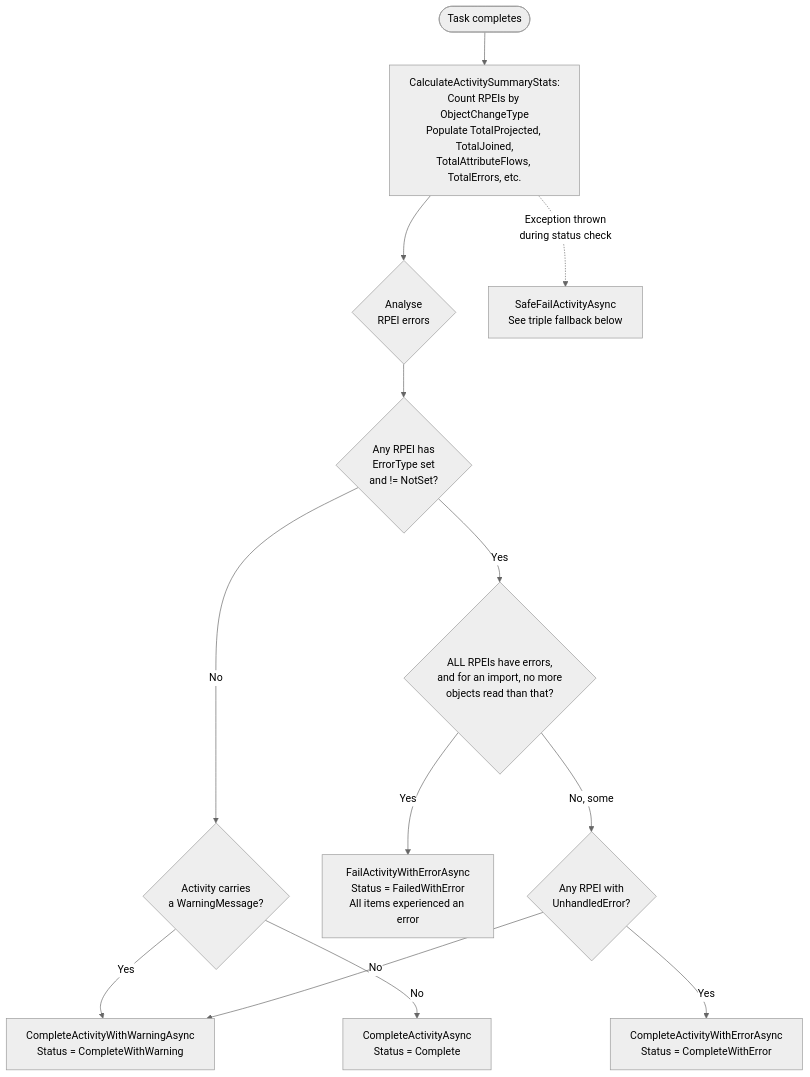
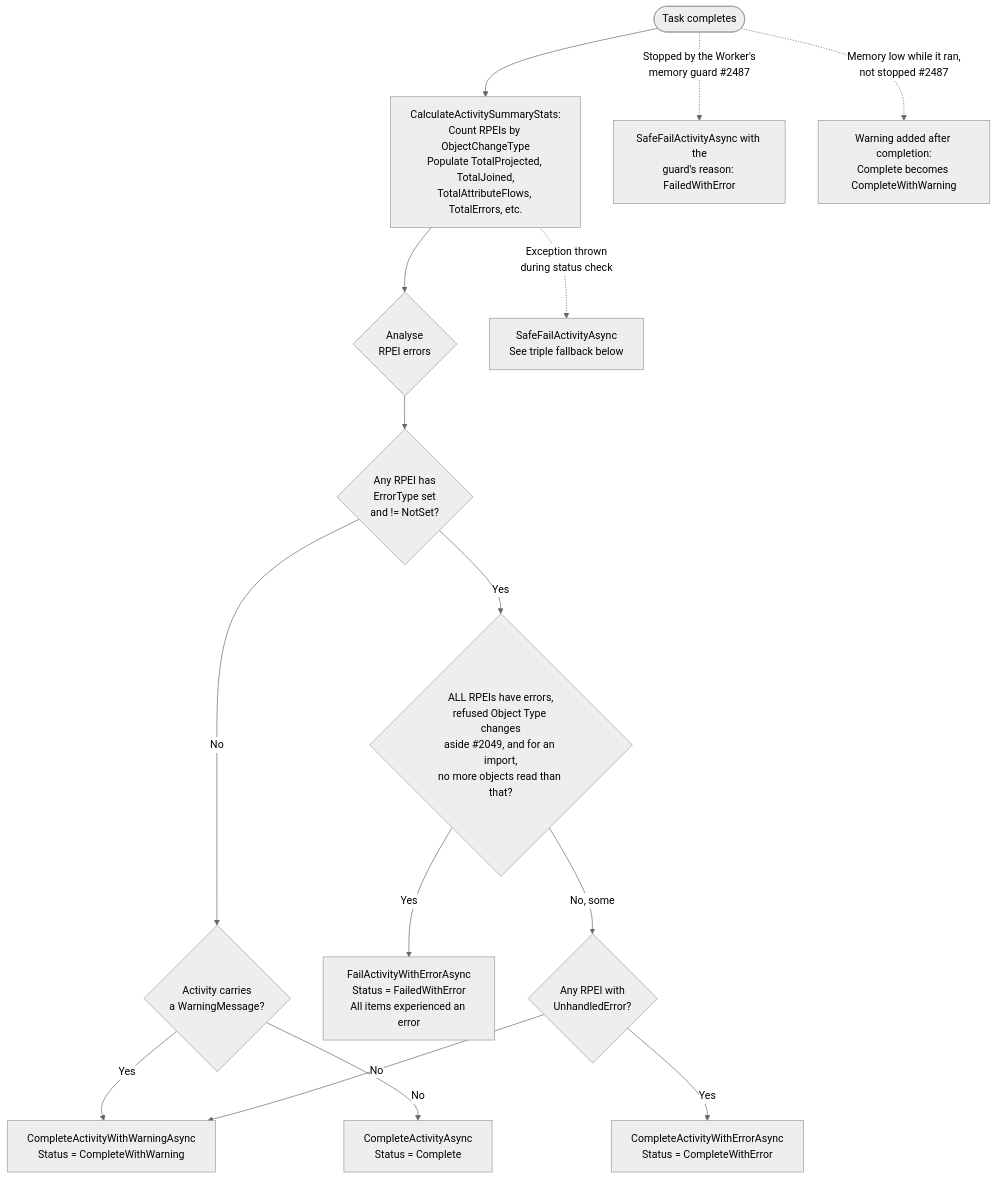
The fifth of 6 diagrams in engineering/developer/diagrams/ACTIVITY_AND_RPEI_FLOW.md (TetronIO/JIM), drawn with Mermaid (neutral theme) before and after one commit. The commit also changed other lines of this file and 5 other files, not shown here.

````diff
--- a/engineering/developer/diagrams/ACTIVITY_AND_RPEI_FLOW.md
+++ b/engineering/developer/diagrams/ACTIVITY_AND_RPEI_FLOW.md
@@ -170,22 +173,24 @@
 ```mermaid
 flowchart TD
     TaskDone([Task completes]) --> CalcStats[CalculateActivitySummaryStats:<br/>Count RPEIs by ObjectChangeType<br/>Populate TotalProjected, TotalJoined,<br/>TotalAttributeFlows, TotalErrors, etc.]
 
     CalcStats --> CheckErrors{Analyse<br/>RPEI errors}
 
     CheckErrors --> HasErrors{Any RPEI has<br/>ErrorType set<br/>and != NotSet?}
 
     HasErrors -->|No| HasWarning{Activity carries<br/>a WarningMessage?}
     HasWarning -->|Yes| WarnActivity
     HasWarning -->|No| CompleteOk
 
-    HasErrors -->|Yes| AllErrors{ALL RPEIs have errors,<br/>and for an import, no more<br/>objects read than that?}
+    HasErrors -->|Yes| AllErrors{ALL RPEIs have errors,<br/>refused Object Type changes<br/>aside #2049, and for an import,<br/>no more objects read than that?}
     AllErrors -->|Yes| FailActivity[FailActivityWithErrorAsync<br/>Status = FailedWithError<br/>All items experienced an error]
     AllErrors -->|No, some| Unhandled{Any RPEI with<br/>UnhandledError?}
     Unhandled -->|Yes| ErrorActivity[CompleteActivityWithErrorAsync<br/>Status = CompleteWithError]
     Unhandled -->|No| WarnActivity[CompleteActivityWithWarningAsync<br/>Status = CompleteWithWarning]
 
     CompleteOk[CompleteActivityAsync<br/>Status = Complete]
 
     CalcStats -.->|Exception thrown<br/>during status check| SafeFail[SafeFailActivityAsync<br/>See triple fallback below]
+    TaskDone -.->|Stopped by the Worker's<br/>memory guard #2487| MemoryStop[SafeFailActivityAsync with the<br/>guard's reason: FailedWithError]
+    TaskDone -.->|Memory low while it ran,<br/>not stopped #2487| MemoryWarn[Warning added after completion:<br/>Complete becomes CompleteWithWarning]
 ```
````
